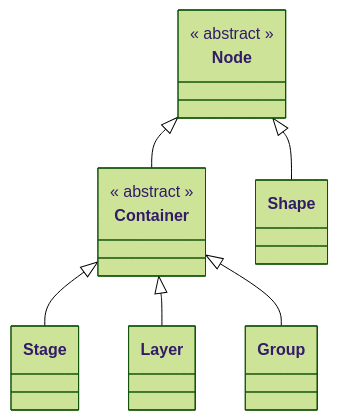
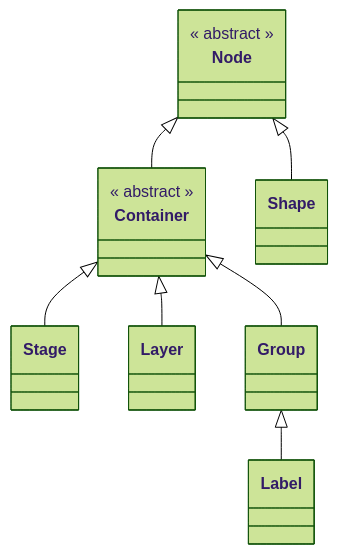
Before and after one commit to foolishflyfox/konva-docs-zh: the diagram in docs/analysis/inheritance-diagram.md, drawn with Mermaid (forest theme). The commit also changed other lines of this file and 6 other files, not shown here.

Commit message:
feat: 更新继承关系图

````diff
--- a/docs/analysis/inheritance-diagram.md
+++ b/docs/analysis/inheritance-diagram.md
@@ -3,36 +3,41 @@
 ```mermaid
 classDiagram
 
 class Node {
     << abstract >>
 }
 link Node "../api/node"
 
 class Container {
     << abstract >>
 }
 link Container "../api/container"
 
 class Stage {
 }
 link Stage "../api/stage"
 
 class Layer {
 }
 link Layer "../api/layer"
 
 class Group {
 }
 link Group "../api/group"
 
+class Label {
+}
+link Label "../api/label"
+
 class Shape {
 }
 link Shape "../api/shape"
 
 
 Node <|-- Container
 Node <|-- Shape
 Container <|-- Stage
 Container <|-- Layer
 Container <|-- Group
+Group <|-- Label
 ```
````
